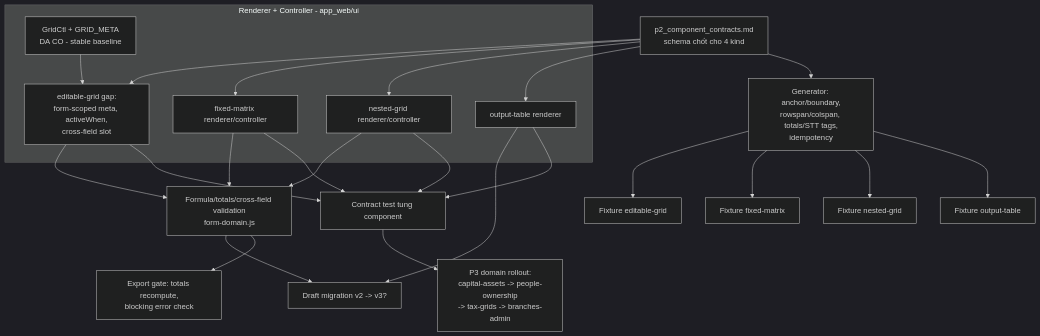
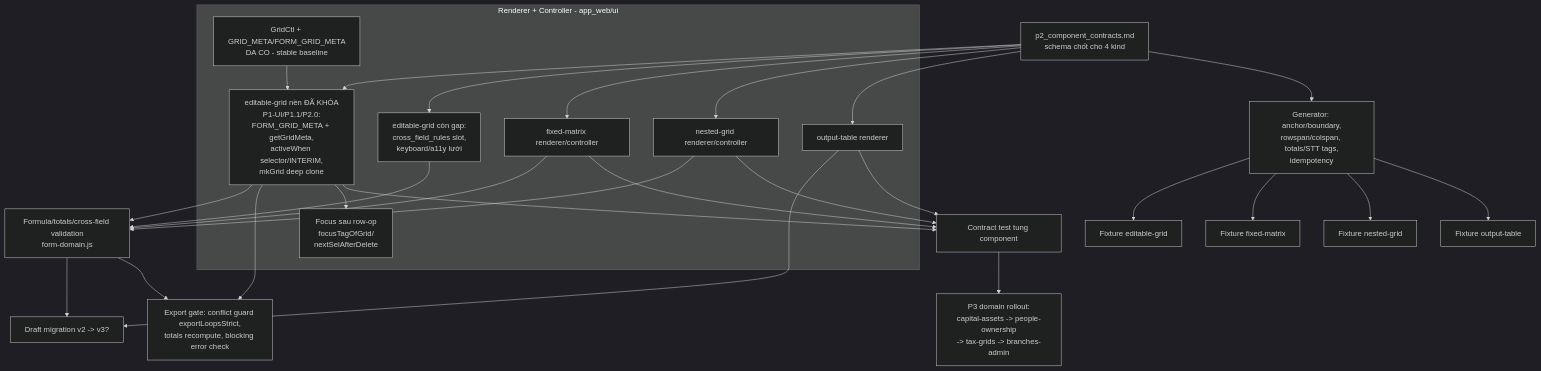
One commit to Zedlchoke/dangky_kinhdoanh changed the diagram in docs/p2_dependency_graph.md. Above: the diagram before and after it, drawn with Mermaid (dark theme). The commit also changed other lines of this file, not shown here.

Commit message:
docs(p2 dep graph): EG_GAP -> editable-grid nen da khoa (P1-UI/P1.1/P2.0) + canh sang export-gate/focus; them rui ro export conflict scoped-vs-global (same-ref short-circuit, exportLoopsStrict fail-loud); P3 bo sung dieu kien owner chot selector M72

````diff
--- a/docs/p2_dependency_graph.md
+++ b/docs/p2_dependency_graph.md
@@ -12,45 +17,51 @@
 ```mermaid
 graph TD
     CT[p2_component_contracts.md<br/>schema chốt cho 4 kind]
 
     subgraph UI[Renderer + Controller - app_web/ui]
       FM_R[fixed-matrix renderer/controller]
       NG_R[nested-grid renderer/controller]
       OT_R[output-table renderer]
-      EG_GAP[editable-grid gap:<br/>form-scoped meta, activeWhen,<br/>cross-field slot]
-      GridCtl[GridCtl + GRID_META<br/>DA CO - stable baseline]
+      EG_BASE[editable-grid nền ĐÃ KHÓA<br/>P1-UI/P1.1/P2.0:<br/>FORM_GRID_META + getGridMeta,<br/>activeWhen selector/INTERIM,<br/>mkGrid deep clone]
+      EG_REST[editable-grid còn gap:<br/>cross_field_rules slot,<br/>keyboard/a11y lưới]
+      FOCUS[Focus sau row-op<br/>focusTagOfGrid/<br/>nextSelAfterDelete]
+      GridCtl[GridCtl + GRID_META/FORM_GRID_META<br/>DA CO - stable baseline]
     end
 
     VAL[Formula/totals/cross-field validation<br/>form-domain.js]
     DRAFT[Draft migration v2 -> v3?]
-    GATE[Export gate: totals recompute,<br/>blocking error check]
+    GATE[Export gate: conflict guard exportLoopsStrict,<br/>totals recompute, blocking error check]
 
     GEN[Generator: anchor/boundary,<br/>rowspan/colspan, totals/STT tags,<br/>idempotency]
 
     FIX_EG[Fixture editable-grid]
     FIX_FM[Fixture fixed-matrix]
     FIX_NG[Fixture nested-grid]
     FIX_OT[Fixture output-table]
     TEST[Contract test tung component]
 
     P3[P3 domain rollout:<br/>capital-assets -> people-ownership<br/>-> tax-grids -> branches-admin]
 
-    CT --> EG_GAP
+    CT --> EG_BASE
+    CT --> EG_REST
     CT --> FM_R
     CT --> NG_R
     CT --> OT_R
-    GridCtl --> EG_GAP
-    EG_GAP --> VAL
+    GridCtl --> EG_BASE
+    EG_BASE --> VAL
+    EG_REST --> VAL
+    EG_BASE --> GATE
+    EG_BASE --> FOCUS
     FM_R --> VAL
     NG_R --> VAL
     OT_R --> DRAFT
     VAL --> DRAFT
     VAL --> GATE
     CT --> GEN
     GEN --> FIX_EG & FIX_FM & FIX_NG & FIX_OT
-    EG_GAP --> TEST
+    EG_BASE --> TEST
     FM_R --> TEST
     NG_R --> TEST
     OT_R --> TEST
     TEST --> P3
 ```
````
